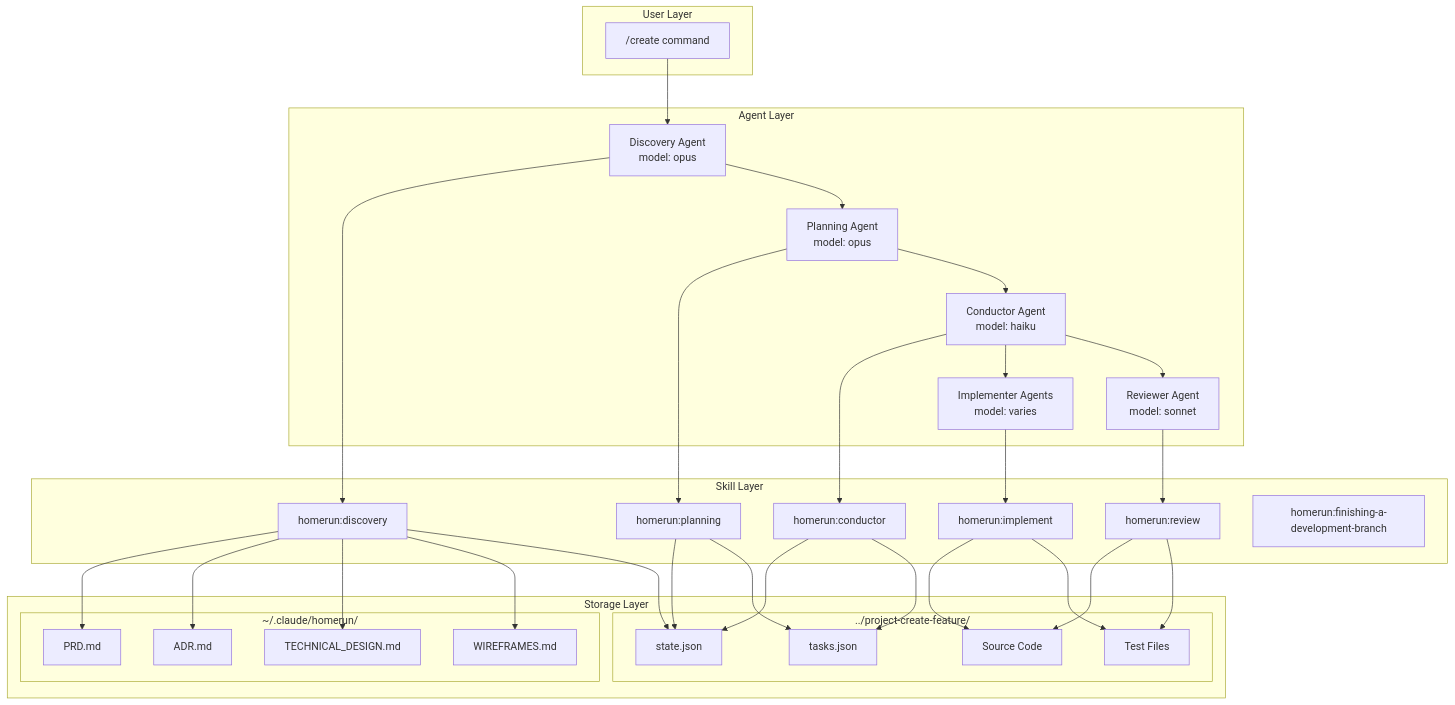
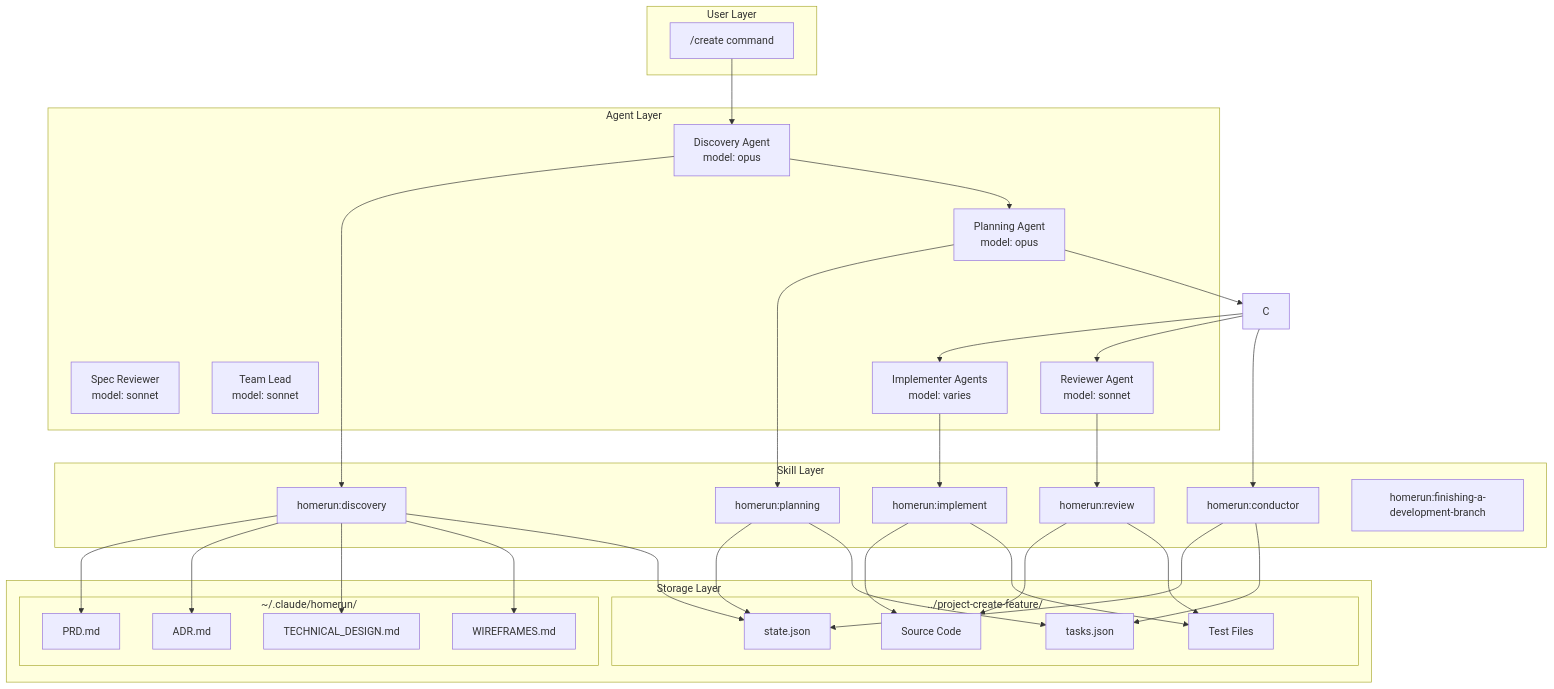
Before and after one commit to Zxela/claude-create: the first of 7 diagrams in diagrams/architecture.md, drawn with Mermaid. The commit also changed other lines of this file and 5 other files, not shown here.

First line of the commit message:
docs: update diagrams and docs for flat spawn architecture

````diff
--- a/diagrams/architecture.md
+++ b/diagrams/architecture.md
@@ -5,67 +5,68 @@
 ```mermaid
 graph TB
     subgraph User["User Layer"]
         CLI["/create command"]
     end
 
     subgraph Agents["Agent Layer"]
         D[Discovery Agent<br/>model: opus]
+        SRv[Spec Reviewer<br/>model: sonnet]
         P[Planning Agent<br/>model: opus]
-        C[Conductor Agent<br/>model: haiku]
+        TL[Team Lead<br/>model: sonnet]
         I[Implementer Agents<br/>model: varies]
         R[Reviewer Agent<br/>model: sonnet]
     end
 
     subgraph Skills["Skill Layer"]
         SD[homerun:discovery]
         SP[homerun:planning]
         SC[homerun:conductor]
         SI[homerun:implement]
         SR[homerun:review]
         SF[homerun:finishing-a-development-branch]
     end
 
     subgraph Storage["Storage Layer"]
         subgraph Centralized["~/.claude/homerun/"]
             PRD[PRD.md]
             ADR[ADR.md]
             TD[TECHNICAL_DESIGN.md]
             WF[WIREFRAMES.md]
         end
         subgraph Worktree["../project-create-feature/"]
             State[state.json]
             Tasks[tasks.json]
             Code[Source Code]
             Tests[Test Files]
         end
     end
 
     CLI --> D
     D --> SD
     D --> P
     P --> SP
     P --> C
     C --> SC
     C --> I
     C --> R
     I --> SI
     R --> SR
 
     SD --> PRD
     SD --> ADR
     SD --> TD
     SD --> WF
     SD --> State
 
     SP --> State
     SP --> Tasks
 
     SC --> State
     SC --> Tasks
 
     SI --> Code
     SI --> Tests
 
     SR --> Code
     SR --> Tests
 ```
````
